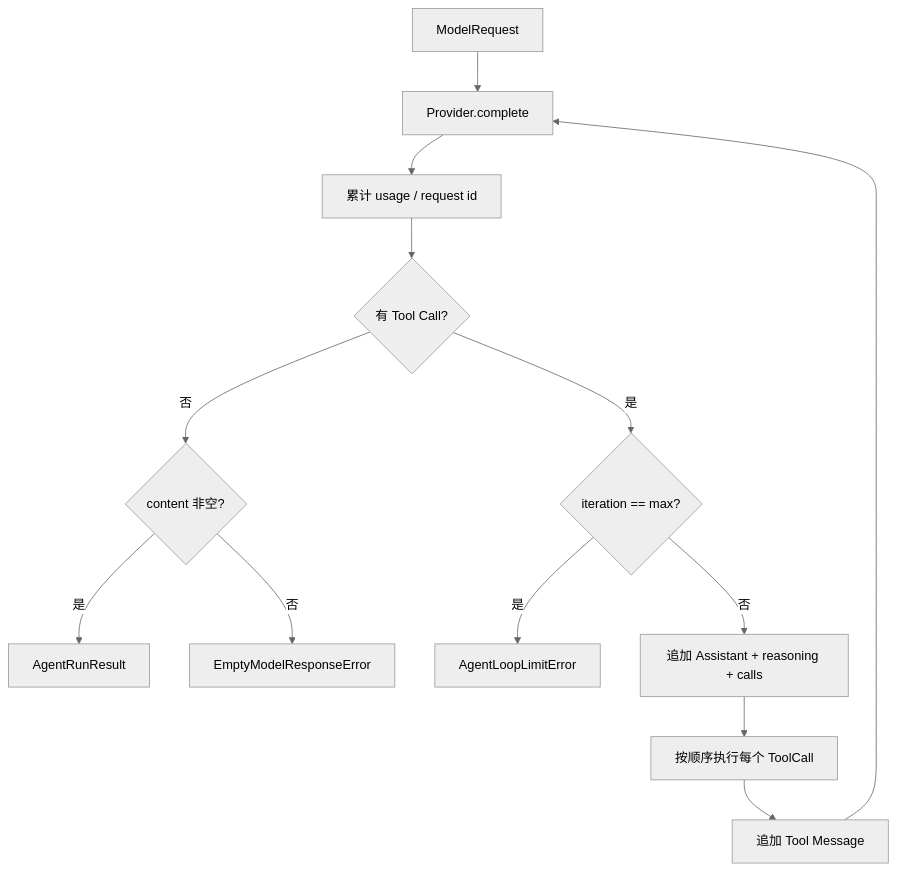
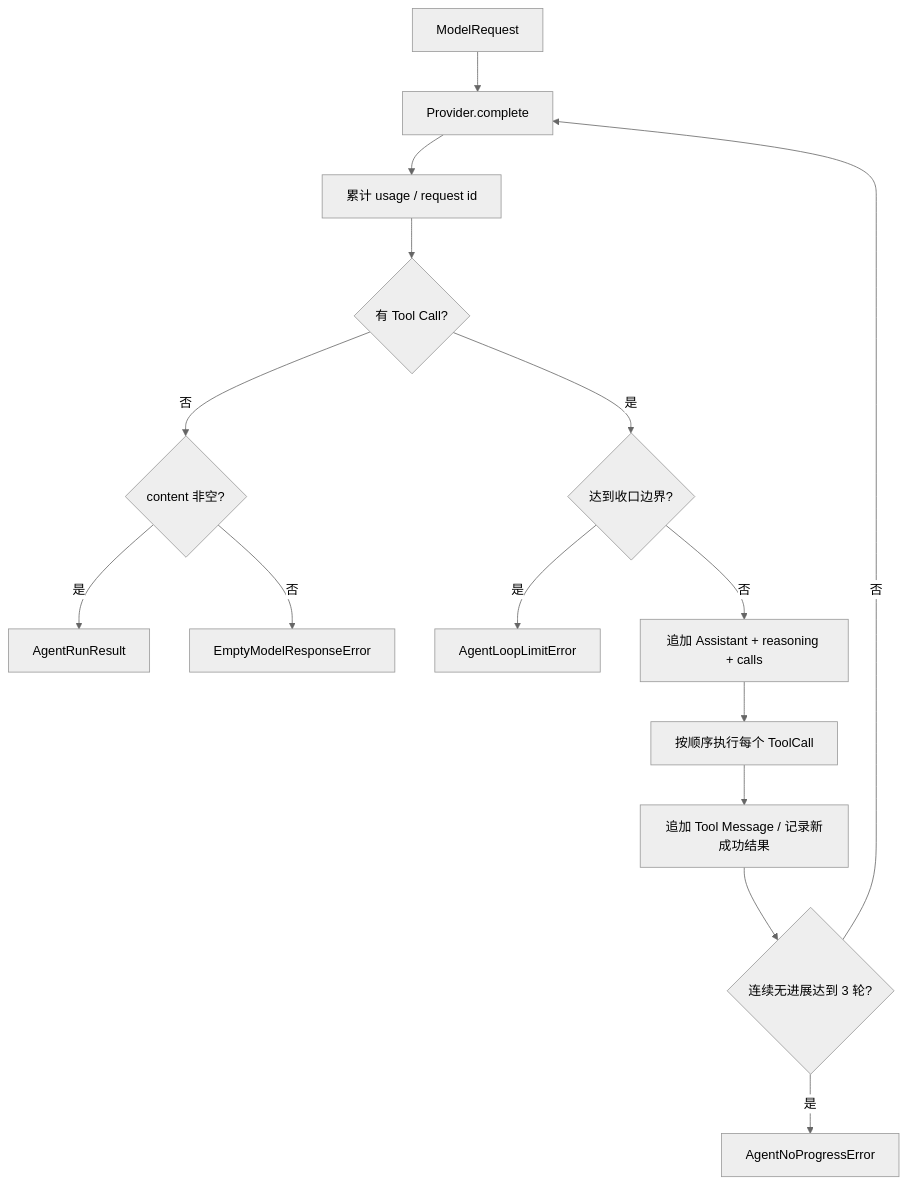
One commit to NEDONION/lobster0 changed the diagram in docs/engineering/phase-1/20260807_agent-runner.md. Above: the diagram before and after it, drawn with Mermaid (neutral theme). The commit also changed other lines of this file and 2 other files, not shown here.

Commit message:
docs(agent): 同步 adaptive budget 与 Feishu Markdown

````diff
--- a/docs/engineering/phase-1/20260807_agent-runner.md
+++ b/docs/engineering/phase-1/20260807_agent-runner.md
@@ -19,15 +20,17 @@
 ```mermaid
 flowchart TD
     START["ModelRequest"] --> CALL["Provider.complete"]
     CALL --> USAGE["累计 usage / request id"]
     USAGE --> TOOLS{"有 Tool Call?"}
     TOOLS -->|"否"| CONTENT{"content 非空?"}
     CONTENT -->|"是"| DONE["AgentRunResult"]
     CONTENT -->|"否"| EMPTY["EmptyModelResponseError"]
-    TOOLS -->|"是"| LIMIT{"iteration == max?"}
-    LIMIT -->|"是"| STOP["AgentLoopLimitError"]
-    LIMIT -->|"否"| ASSISTANT["追加 Assistant + reasoning + calls"]
+    TOOLS -->|"是"| BUDGET{"达到收口边界?"}
+    BUDGET -->|"是"| STOP["AgentLoopLimitError"]
+    BUDGET -->|"否"| ASSISTANT["追加 Assistant + reasoning + calls"]
     ASSISTANT --> EXECUTE["按顺序执行每个 ToolCall"]
-    EXECUTE --> RESULT["追加 Tool Message"]
-    RESULT --> CALL
+    EXECUTE --> RESULT["追加 Tool Message / 记录新成功结果"]
+    RESULT --> PROGRESS{"连续无进展达到 3 轮?"}
+    PROGRESS -->|"是"| NOPROGRESS["AgentNoProgressError"]
+    PROGRESS -->|"否"| CALL
 ```
````
